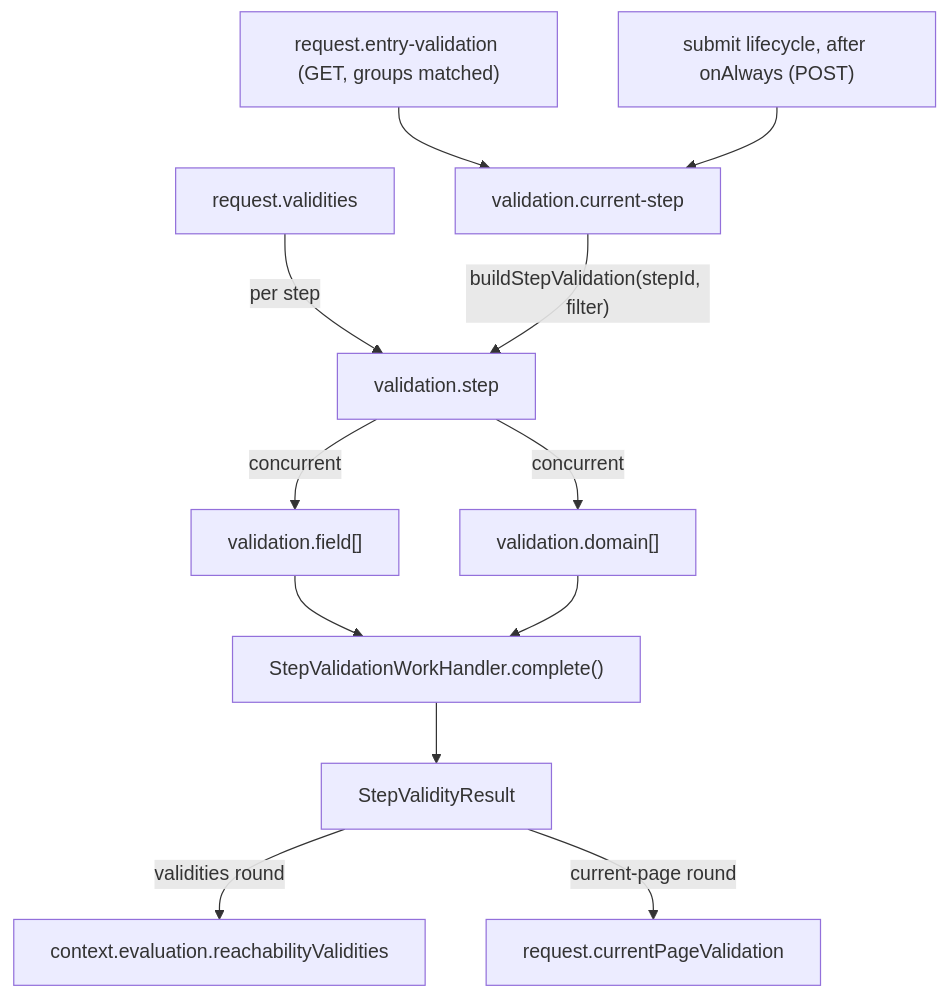
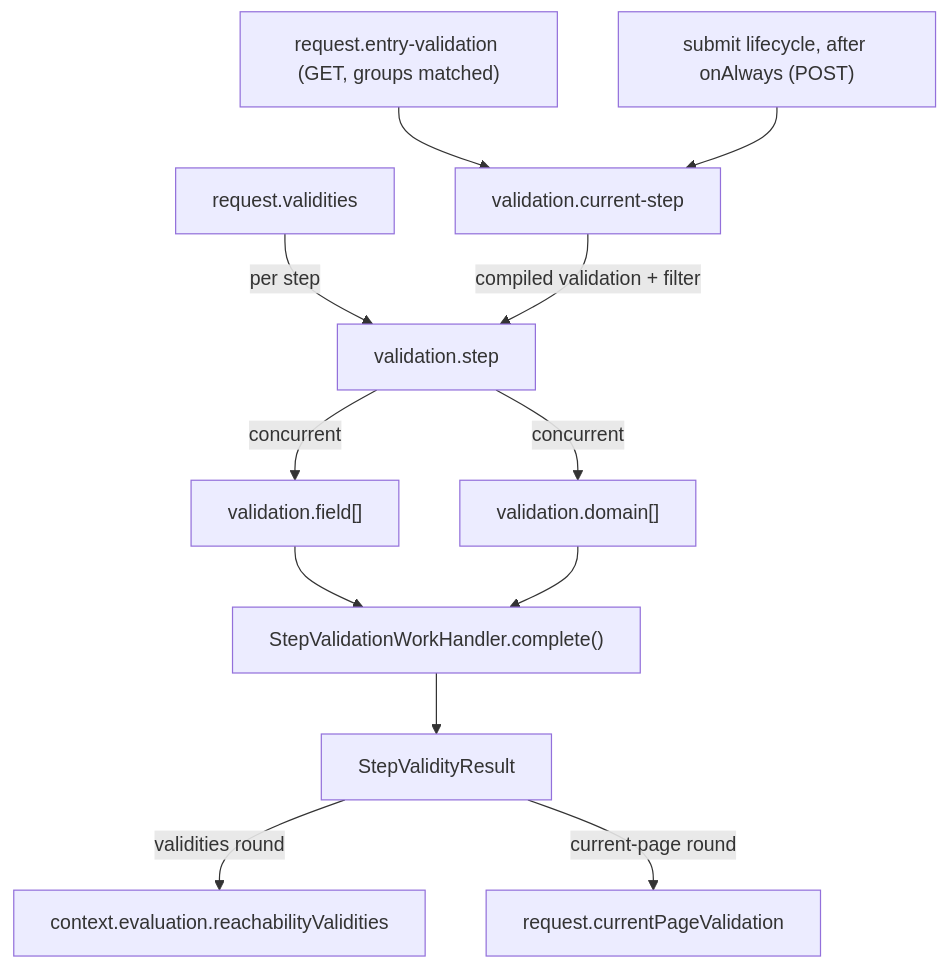
One commit to ministryofjustice/hmpps-forge changed the diagram in packages/forge-core/src/engine/concerns/validation/runtime/README.md. Above: the diagram before and after it, drawn with Mermaid. The commit also changed other lines of this file and 18 other files, not shown here.

````diff
--- a/packages/forge-core/src/engine/concerns/validation/runtime/README.md
+++ b/packages/forge-core/src/engine/concerns/validation/runtime/README.md
@@ -68,14 +73,14 @@
 ```mermaid
 flowchart TD
   entry["request.entry-validation (GET, groups matched)"] --> current["validation.current-step"]
   submit["submit lifecycle, after onAlways (POST)"] --> current
   validities["request.validities"] -->|"per step"| task["validation.step"]
-  current -->|"buildStepValidation(stepId, filter)"| task
+  current -->|"compiled validation + filter"| task
   task -->|"concurrent"| fields["validation.field[]"]
   task -->|"concurrent"| domains["validation.domain[]"]
   fields --> fold["StepValidationWorkHandler.complete()"]
   domains --> fold
   fold --> result["StepValidityResult"]
   result -->|"validities round"| store["context.evaluation.reachabilityValidities"]
   result -->|"current-page round"| view["request.currentPageValidation"]
 ```
````
